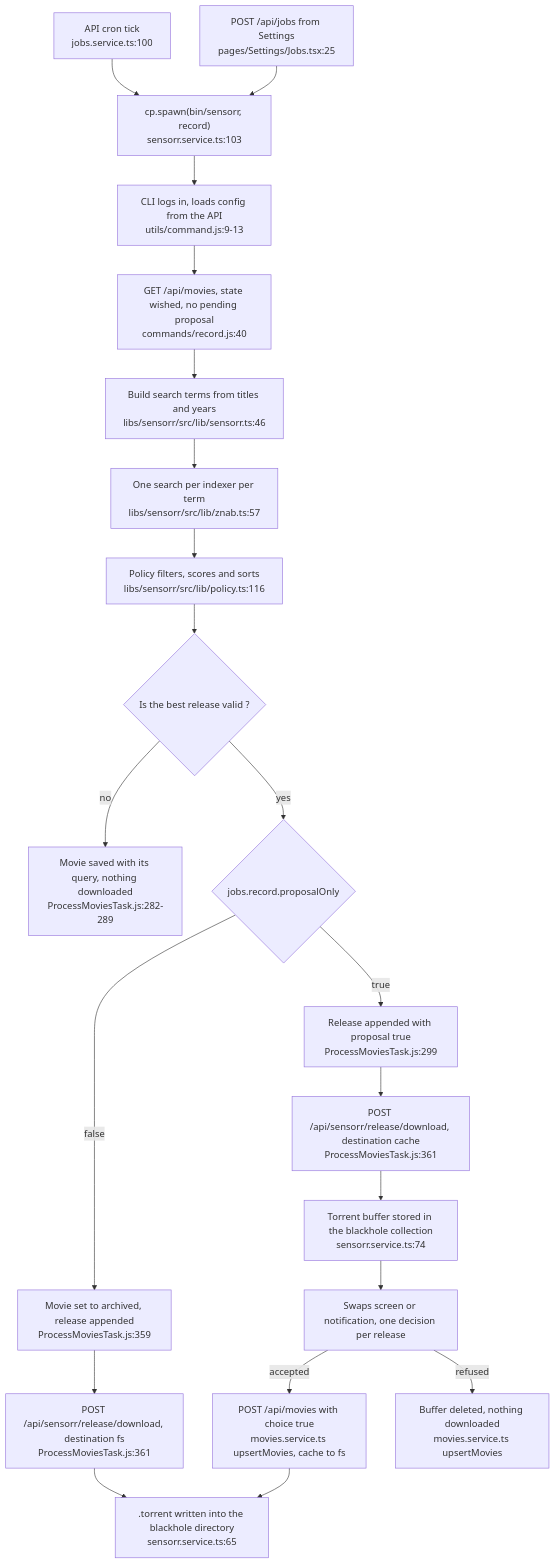
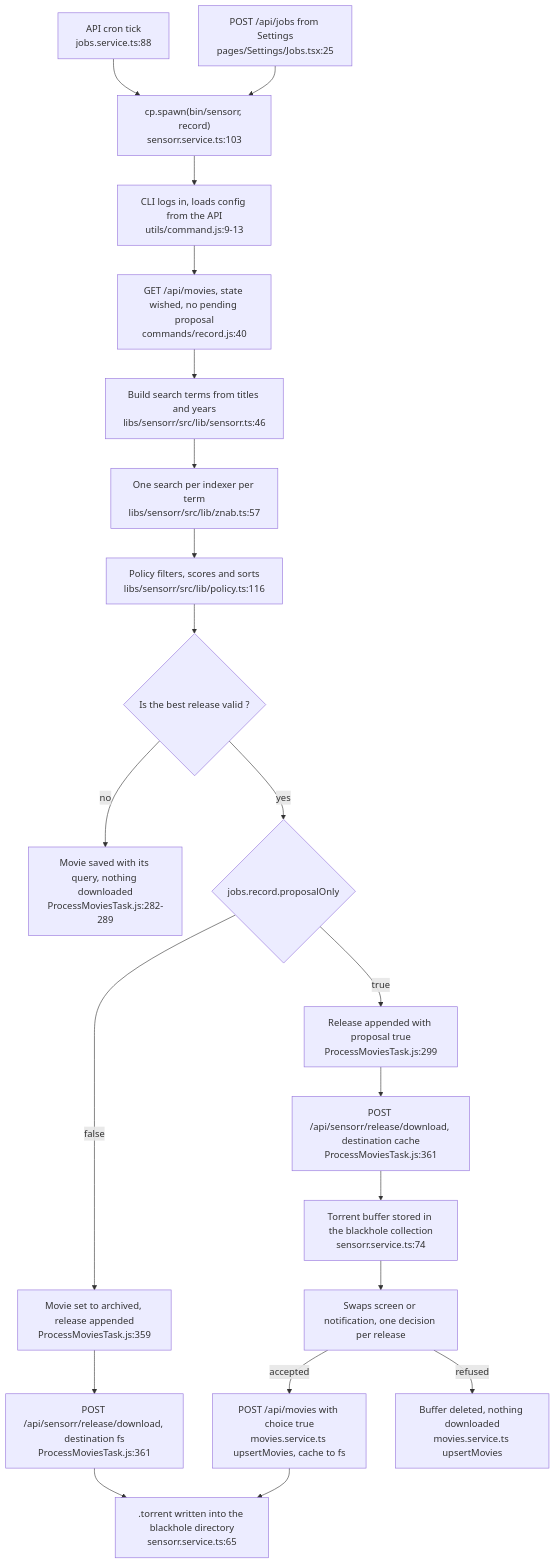
One commit to thcolin/sensorr changed the first of 2 diagrams in docs/architecture.md. Above: the diagram before and after it, drawn with Mermaid. The commit also changed other lines of this file, not shown here.

````diff
--- a/docs/architecture.md
+++ b/docs/architecture.md
@@ -84,31 +90,31 @@
 ```mermaid
 flowchart TD
-  cron["API cron tick<br/>jobs.service.ts:100"] --> spawn
+  cron["API cron tick<br/>jobs.service.ts:88"] --> spawn
   post["POST /api/jobs from Settings<br/>pages/Settings/Jobs.tsx:25"] --> spawn
   spawn["cp.spawn(bin/sensorr, record)<br/>sensorr.service.ts:103"] --> boot
 
   boot["CLI logs in, loads config from the API<br/>utils/command.js:9-13"] --> fetch
   fetch["GET /api/movies, state wished, no pending proposal<br/>commands/record.js:40"] --> query
   query["Build search terms from titles and years<br/>libs/sensorr/src/lib/sensorr.ts:46"] --> search
   search["One search per indexer per term<br/>libs/sensorr/src/lib/znab.ts:57"] --> policy
   policy["Policy filters, scores and sorts<br/>libs/sensorr/src/lib/policy.ts:116"] --> valid
 
   valid{"Is the best release valid ?"}
   valid -->|no| stop["Movie saved with its query, nothing downloaded<br/>ProcessMoviesTask.js:282-289"]
   valid -->|yes| branch
 
   branch{"jobs.record.proposalOnly"}
   branch -->|false| direct["Movie set to archived, release appended<br/>ProcessMoviesTask.js:359"]
   branch -->|true| propose["Release appended with proposal true<br/>ProcessMoviesTask.js:299"]
 
   direct --> dlfs["POST /api/sensorr/release/download, destination fs<br/>ProcessMoviesTask.js:361"]
   propose --> dlcache["POST /api/sensorr/release/download, destination cache<br/>ProcessMoviesTask.js:361"]
 
   dlfs --> blackhole[".torrent written into the blackhole directory<br/>sensorr.service.ts:65"]
   dlcache --> cached["Torrent buffer stored in the blackhole collection<br/>sensorr.service.ts:74"]
 
   cached --> review["Swaps screen or notification, one decision per release"]
   review -->|accepted| accept["POST /api/movies with choice true<br/>movies.service.ts upsertMovies, cache to fs"]
   review -->|refused| refuse["Buffer deleted, nothing downloaded<br/>movies.service.ts upsertMovies"]
   accept --> blackhole
 ```
````
